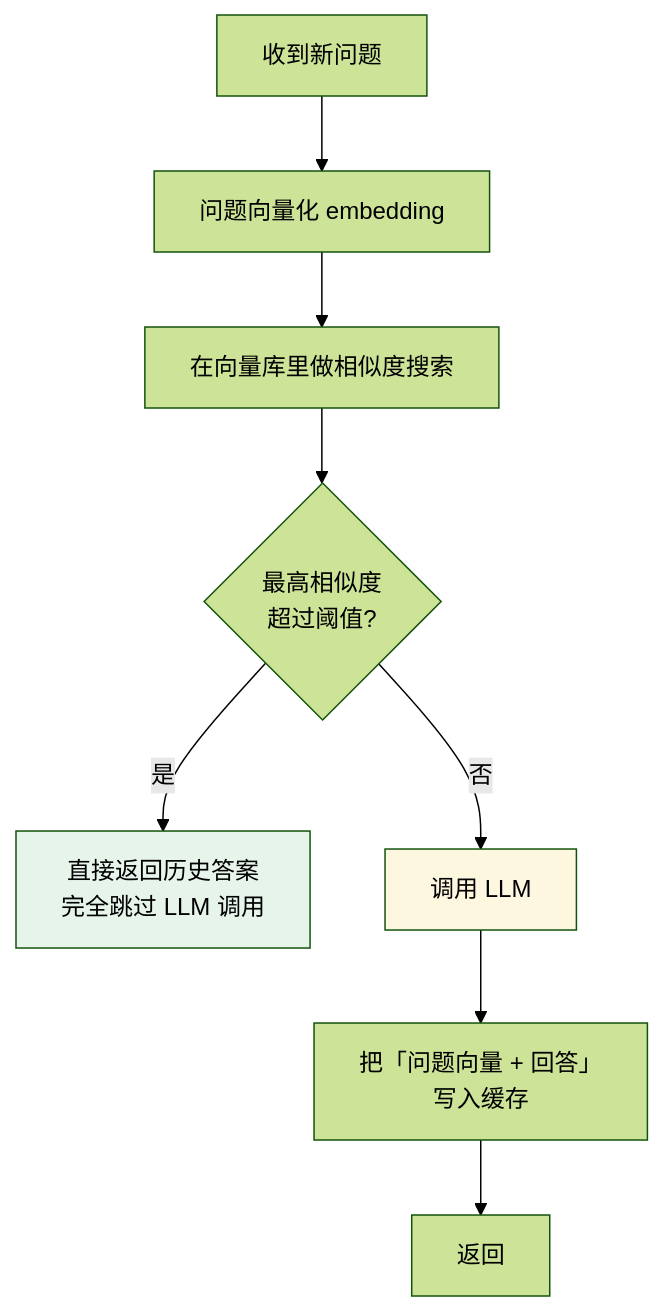
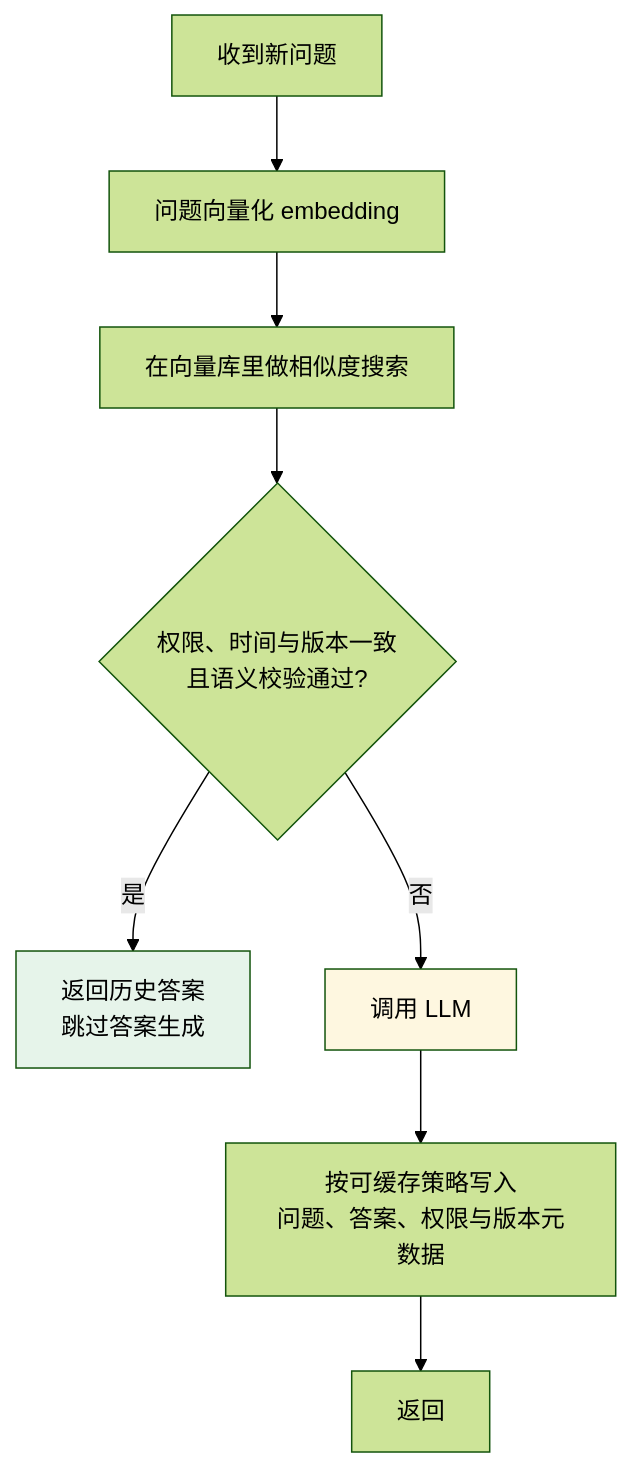
Before and after one commit to oneleaveknowsthefall/awesome-ai-roadmap: the second of 2 diagrams in docs/tools/05-transport-gateway/14-llm-gateway.md, drawn with Mermaid (forest theme). The commit also changed other lines of this file and 50 other files, not shown here.

````diff
--- a/docs/tools/05-transport-gateway/14-llm-gateway.md
+++ b/docs/tools/05-transport-gateway/14-llm-gateway.md
@@ -161,13 +178,13 @@
 ```mermaid
 flowchart TB
     Q[收到新问题] --> E[问题向量化 embedding]
     E --> S[在向量库里做相似度搜索]
-    S --> H{"最高相似度<br/>超过阈值?"}
-    H -->|是| HIT["直接返回历史答案<br/>完全跳过 LLM 调用"]
+    S --> H{"权限、时间与版本一致<br/>且语义校验通过?"}
+    H -->|是| HIT["返回历史答案<br/>跳过答案生成"]
     H -->|否| MISS[调用 LLM]
-    MISS --> W["把「问题向量 + 回答」<br/>写入缓存"]
+    MISS --> W["按可缓存策略写入<br/>问题、答案、权限与版本元数据"]
     W --> R[返回]
 
     style HIT fill:#e6f4ea
     style MISS fill:#fef7e0
 ```
````
